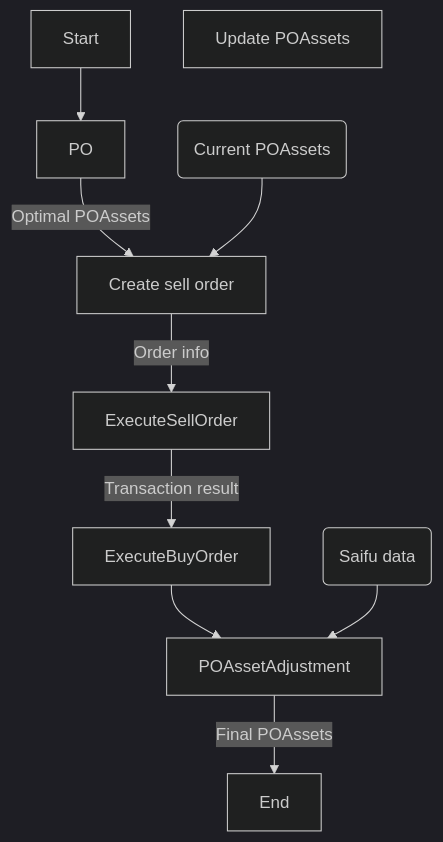
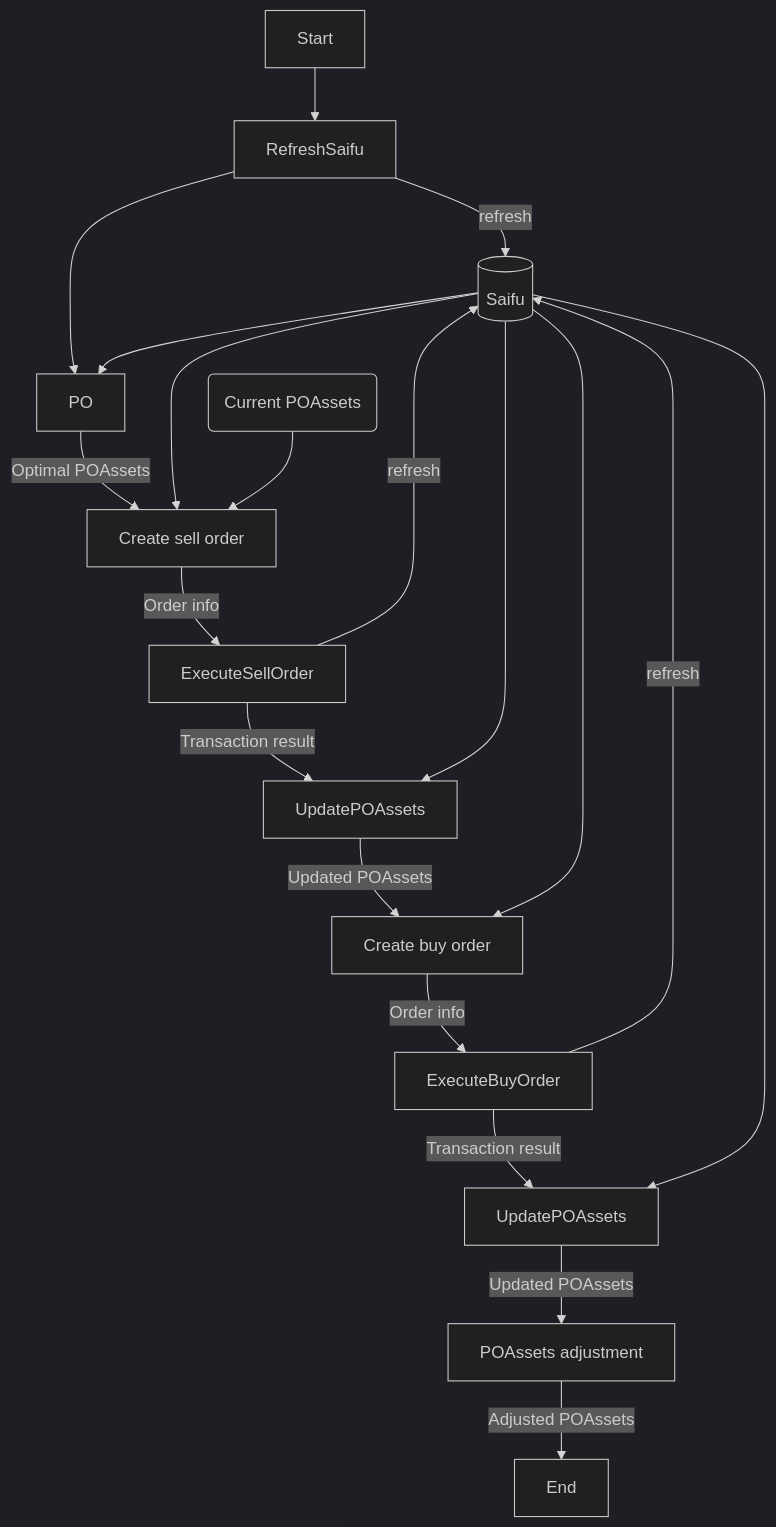
Before and after one commit to eryeden/eryeden.github.io: the diagram in docs/Pishon4/po_design/new_order_publish.md, drawn with Mermaid (dark theme). The commit also changed other lines of this file, not shown here.

Commit message:
add order design doc.

````diff
--- a/docs/Pishon4/po_design/new_order_publish.md
+++ b/docs/Pishon4/po_design/new_order_publish.md
@@ -28,15 +42,38 @@
 ```mermaid
 flowchart TD
-    Start --> PO
-    PO --> |Optimal POAssets| CS[Create sell order]
-    A(Current POAssets) --> CS
+    saifu[(Saifu)]
+    CP(Current POAssets)
+    PO[PO]
+    CS[Create sell order]
+    CB[Create buy order]
+    UPO1[UpdatePOAssets]
+    UPO2[UpdatePOAssets]
+    APO[POAssets adjustment]
+
+    Start --> RefreshSaifu
+    RefreshSaifu --> |refresh|saifu
+    RefreshSaifu --> PO
+    saifu --> PO
+    PO --> |Optimal POAssets| CS
+    saifu --> CS
+
+    CP --> CS
     CS --> |Order info|ExecuteSellOrder
+    ExecuteSellOrder --> |refresh|saifu
 
-    ExecuteSellOrder --> |Transaction result| ExecuteBuyOrder
-    UO[Update POAssets]
-    ExecuteBuyOrder --> POAssetAdjustment
-    POAssetAdjustment --> |Final POAssets|End
+    ExecuteSellOrder --> |Transaction result|UPO1
+    saifu --> UPO1
 
-    
-    B(Saifu data) --> POAssetAdjustment
+    UPO1 --> |Updated POAssets|CB
+    saifu --> CB
+
+    CB --> |Order info| ExecuteBuyOrder
+
+    ExecuteBuyOrder --> |Transaction result|UPO2
+    ExecuteBuyOrder --> |refresh|saifu
+    saifu --> UPO2
+
+    UPO2-->|Updated POAssets|APO
+
+    APO --> |Adjusted POAssets|End
 ``` 
````
